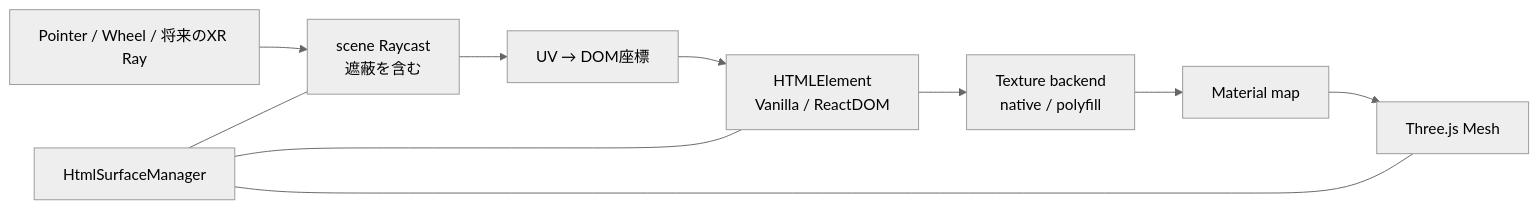
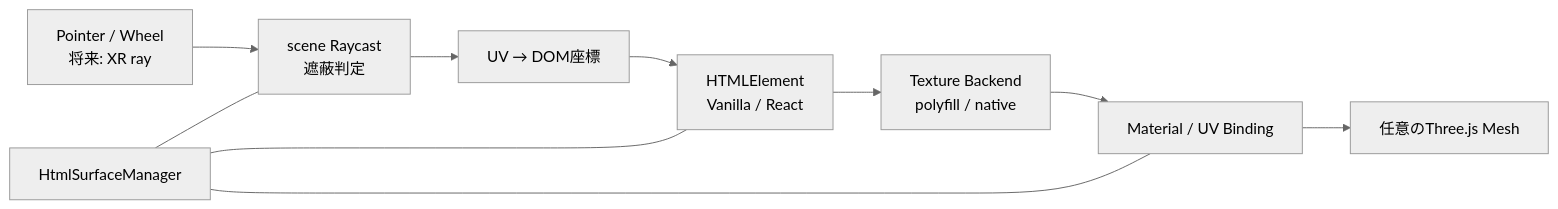
One commit to solu199/html-surface-three changed the diagram in README.md. Above: the diagram before and after it, drawn with Mermaid (neutral theme). The commit also changed other lines of this file and 6 other files, not shown here.

````diff
--- a/README.md
+++ b/README.md
@@ -35,12 +20,12 @@
 ```mermaid
 flowchart LR
-  DOM["HTMLElement<br/>Vanilla / ReactDOM"] --> Backend["Texture backend<br/>native / polyfill"]
-  Backend --> Material["Material map"]
-  Material --> Mesh["Three.js Mesh"]
-  Pointer["Pointer / Wheel / 将来のXR Ray"] --> Raycast["scene Raycast<br/>遮蔽を含む"]
+  DOM["HTMLElement<br/>Vanilla / React"] --> Backend["Texture Backend<br/>polyfill / native"]
+  Backend --> Binding["Material / UV Binding"]
+  Binding --> Mesh["任意のThree.js Mesh"]
+  Input["Pointer / Wheel<br/>将来: XR ray"] --> Raycast["scene Raycast<br/>遮蔽判定"]
   Raycast --> Mapping["UV → DOM座標"]
   Mapping --> DOM
   Manager["HtmlSurfaceManager"] --- DOM
-  Manager --- Mesh
+  Manager --- Binding
   Manager --- Raycast
 ```
````
